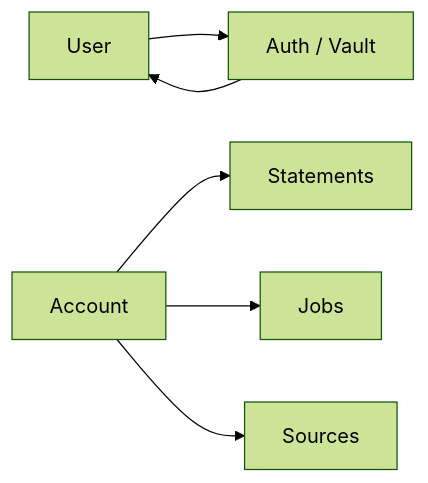
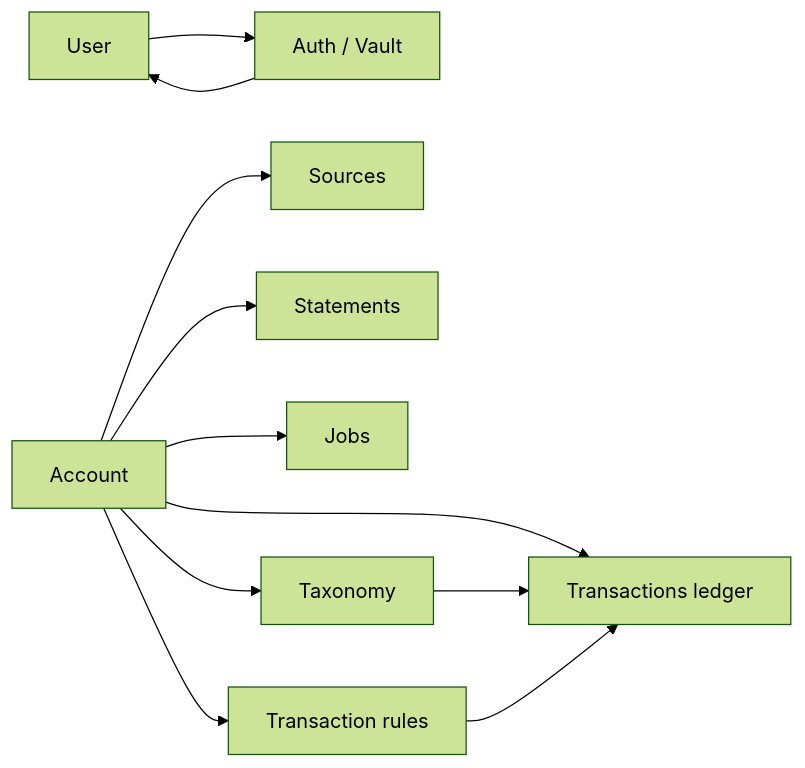
Before and after one commit to financial-footprints/NetworthDB: the second of 2 diagrams in docs/adr/001-domain-driven-design.md, drawn with Mermaid (forest theme). The commit also changed other lines of this file and 1809 other files, not shown here.

````diff
--- a/docs/adr/001-domain-driven-design.md
+++ b/docs/adr/001-domain-driven-design.md
@@ -52,15 +61,20 @@
 ```mermaid
 flowchart LR
   User[User]
   Auth[Auth / Vault]
   Account[Account]
   Sources[Sources]
   Stmt[Statements]
   Jobs[Jobs]
 
   Account --> Stmt
+  Account --> Txn[Transactions ledger]
+  Account --> Tax[Taxonomy]
+  Account --> Rules[Transaction rules]
+  Tax --> Txn
+  Rules --> Txn
   Account --> Jobs
   Account --> Sources
   User --> Auth
   Auth --> User
 ```
````
